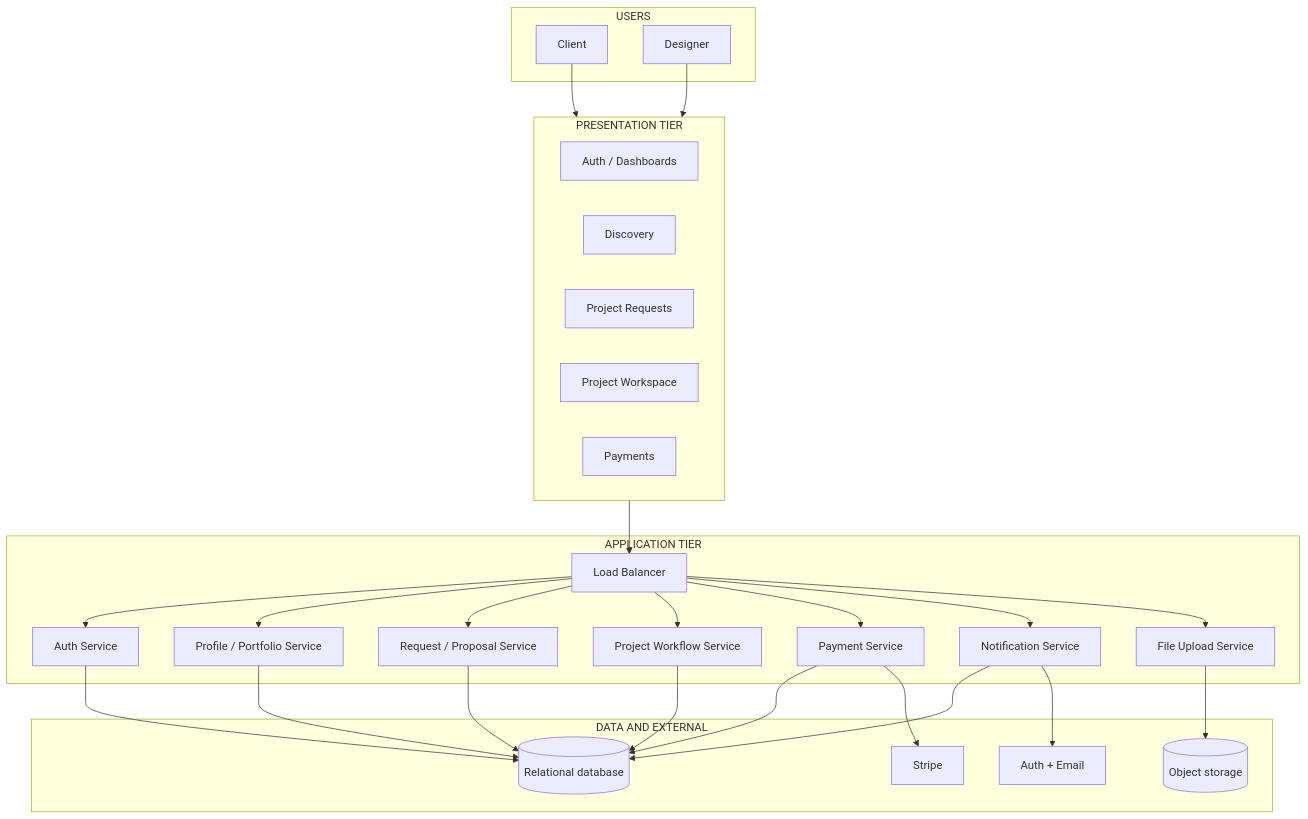
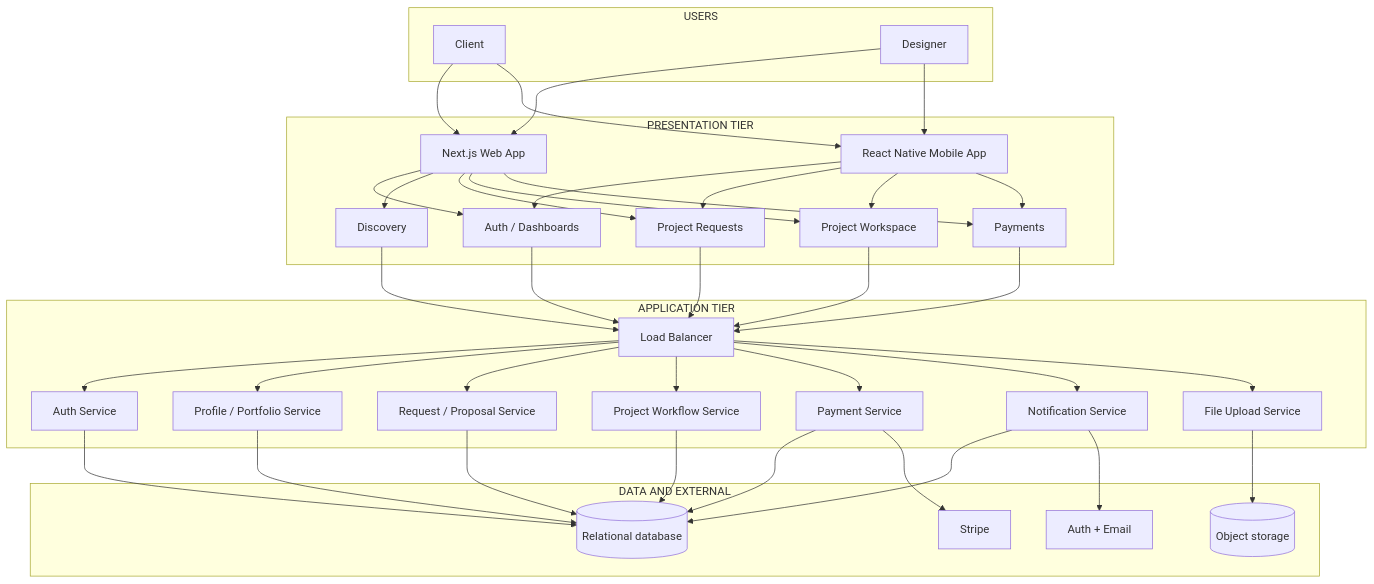
The second of 3 diagrams in docs/Proposal/diagrams/architecture-diagrams.md (MNSBaanu/Inside), drawn with Mermaid before and after one commit. The commit also changed other lines of this file and 10 other files, not shown here.

First line of the commit message:
docs(proposal): Expand proposal to include mobile application features and architecture

````diff
--- a/docs/Proposal/diagrams/architecture-diagrams.md
+++ b/docs/Proposal/diagrams/architecture-diagrams.md
@@ -63,38 +66,42 @@
 ```mermaid
 flowchart TB
     subgraph users ["USERS"]
         Client["Client"]
         Designer["Designer"]
     end
     subgraph presentation ["PRESENTATION TIER"]
+        Web["Next.js Web App"]
+        Mobile["React Native Mobile App"]
         P1["Auth / Dashboards"]
         P2["Discovery"]
         P3["Project Requests"]
         P4["Project Workspace"]
         P5["Payments"]
     end
     subgraph application ["APPLICATION TIER"]
         ALB["Load Balancer"]
         S1["Auth Service"]
         S2["Profile / Portfolio Service"]
         S3["Request / Proposal Service"]
         S4["Project Workflow Service"]
         S5["Payment Service"]
         S6["Notification Service"]
         S7["File Upload Service"]
         ALB --> S1 & S2 & S3 & S4 & S5 & S6 & S7
     end
     subgraph data ["DATA AND EXTERNAL"]
         D1[("Relational database")]
         D2[("Object storage")]
         D3["Stripe"]
         D4["Auth + Email"]
     end
-    Client --> presentation
-    Designer --> presentation
-    presentation --> ALB
+    Client --> Web & Mobile
+    Designer --> Web & Mobile
+    Web --> P1 & P2 & P3 & P4 & P5
+    Mobile --> P1 & P3 & P4 & P5
+    P1 & P2 & P3 & P4 & P5 --> ALB
     S1 & S2 & S3 & S4 & S5 & S6 --> D1
     S5 --> D3
     S6 --> D4
     S7 --> D2
 ```
````
